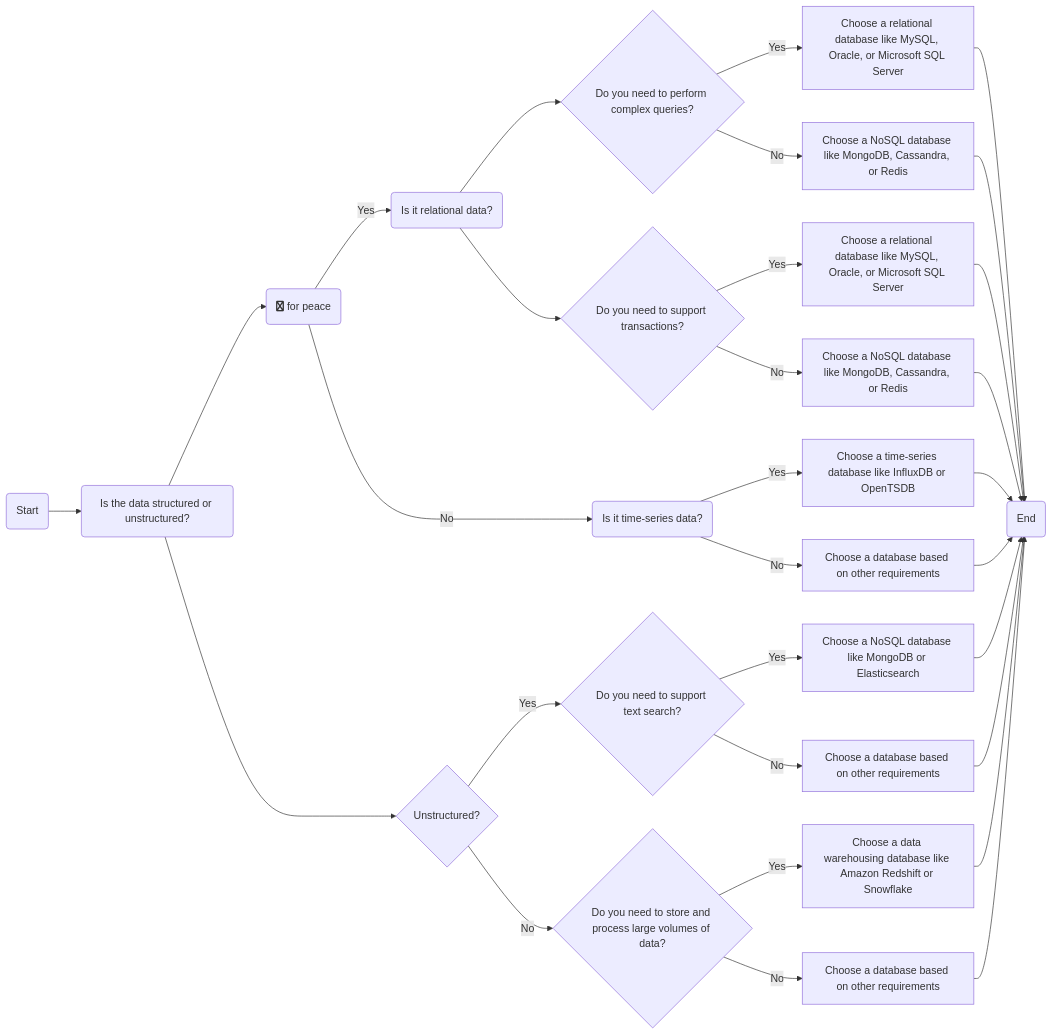
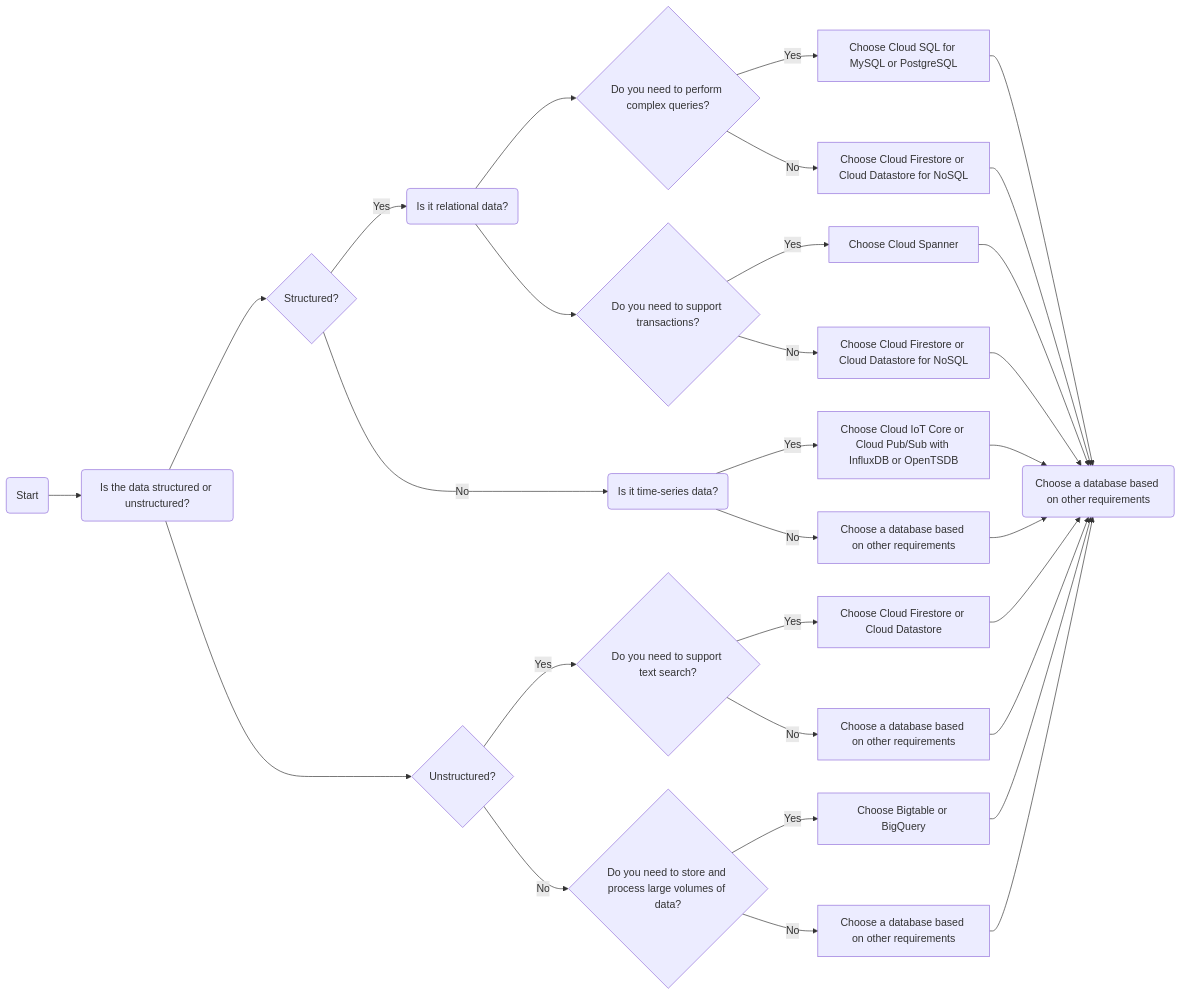
The diagram in test.md (anuragsingh1987/staging), drawn with Mermaid before and after one commit.

````diff
--- a/test.md
+++ b/test.md
@@ -1,32 +1,33 @@
 ```mermaid
 graph LR
     A(Start) --> B(Is the data structured or unstructured?)
-    B --> C("fa:fa-twitter for peace")
+    B --> C{Structured?}
     C --> |Yes| D(Is it relational data?)
     D --> E{Do you need to perform complex queries?}
-    E --> |Yes| F[Choose a relational database like MySQL, Oracle, or Microsoft SQL Server]
-    E --> |No| G[Choose a NoSQL database like MongoDB, Cassandra, or Redis]
+    E --> |Yes| F[Choose Cloud SQL for MySQL or PostgreSQL]
+    E --> |No| G[Choose Cloud Firestore or Cloud Datastore for NoSQL]
     D --> H{Do you need to support transactions?}
-    H --> |Yes| I[Choose a relational database like MySQL, Oracle, or Microsoft SQL Server]
-    H --> |No| J[Choose a NoSQL database like MongoDB, Cassandra, or Redis]
+    H --> |Yes| I[Choose Cloud Spanner]
+    H --> |No| J[Choose Cloud Firestore or Cloud Datastore for NoSQL]
     C --> |No| K(Is it time-series data?)
-    K --> |Yes| L[Choose a time-series database like InfluxDB or OpenTSDB]
+    K --> |Yes| L[Choose Cloud IoT Core or Cloud Pub/Sub with InfluxDB or OpenTSDB]
     K --> |No| M[Choose a database based on other requirements]
     B --> N{Unstructured?}
     N --> |Yes| O{Do you need to support text search?}
-    O --> |Yes| P[Choose a NoSQL database like MongoDB or Elasticsearch]
+    O --> |Yes| P[Choose Cloud Firestore or Cloud Datastore]
     O --> |No| Q[Choose a database based on other requirements]
     N --> |No| R{Do you need to store and process large volumes of data?}
-    R --> |Yes| S[Choose a data warehousing database like Amazon Redshift or Snowflake]
+    R --> |Yes| S[Choose Bigtable or BigQuery]
     R --> |No| T[Choose a database based on other requirements]
     T --> Z(End)
     Q --> Z(End)
     S --> Z(End)
     F --> Z(End)
-    G --> Z(End)
-    I --> Z(End)
-    J --> Z(End)
-    L --> Z(End)
-    P --> Z(End)
-    M --> Z(End)
+    G --> Z(Choose Cloud Firestore or Cloud Datastore for NoSQL)
+    I --> Z(Choose Cloud Spanner for transactions)
+    J --> Z(Choose Cloud Firestore or Cloud Datastore for NoSQL)
+    L --> Z(Choose Cloud IoT Core or Cloud Pub/Sub with InfluxDB or OpenTSDB for time-series data)
+    P --> Z(Choose Cloud Firestore or Cloud Datastore for text search)
+    M --> Z(Choose a database based on other requirements)
+
 ```
````
